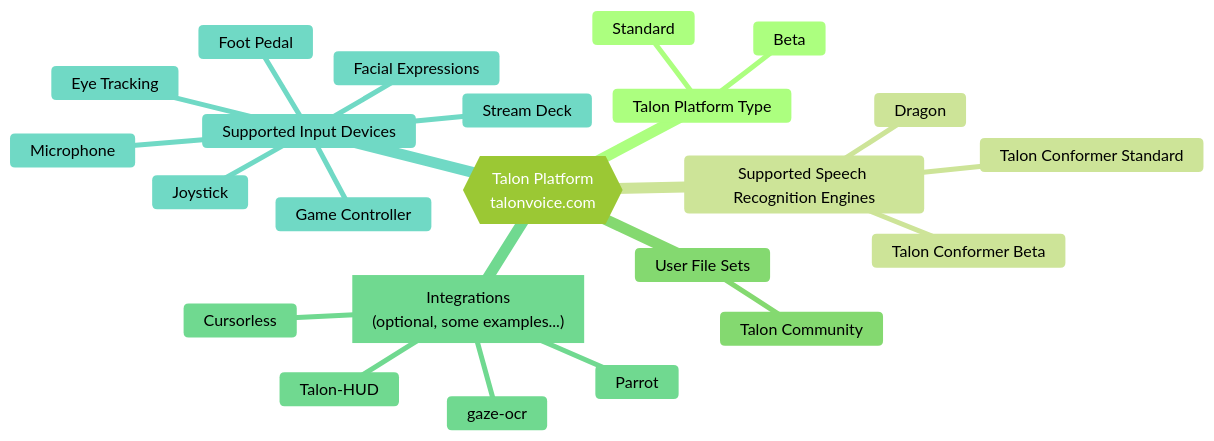
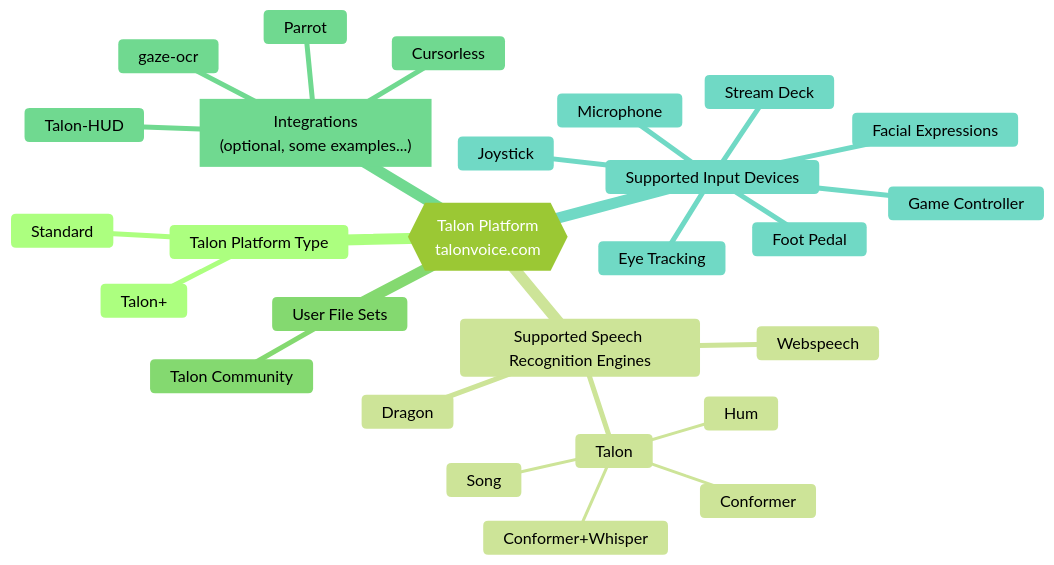
Before and after one commit to TalonCommunity/Wiki: the diagram in src/pages/index.md, drawn with Mermaid (forest theme).

Commit message:
Update mind map

````diff
--- a/src/pages/index.md
+++ b/src/pages/index.md
@@ -13,28 +13,32 @@
 ```mermaid
 mindmap
   root{{"Talon Platform<br/>talonvoice.com"}}
     Talon Platform Type
       Standard
-      Beta
+      Talon+
     Supported Speech Recognition Engines
-      Talon Conformer Standard
-      Talon Conformer Beta
+      Talon
+        Conformer
+        Song
+        Hum
+        Conformer+Whisper
+      Webspeech
       Dragon
     User File Sets
       Talon Community
     integrations["Integrations
         (optional, some examples...)"]
       gaze-ocr
       Cursorless
       Parrot
       Talon-HUD
     Supported Input Devices
       Microphone
       Eye Tracking
       Game Controller
       Foot Pedal
       Joystick
       Facial Expressions
       Stream Deck
 
 ```
````
